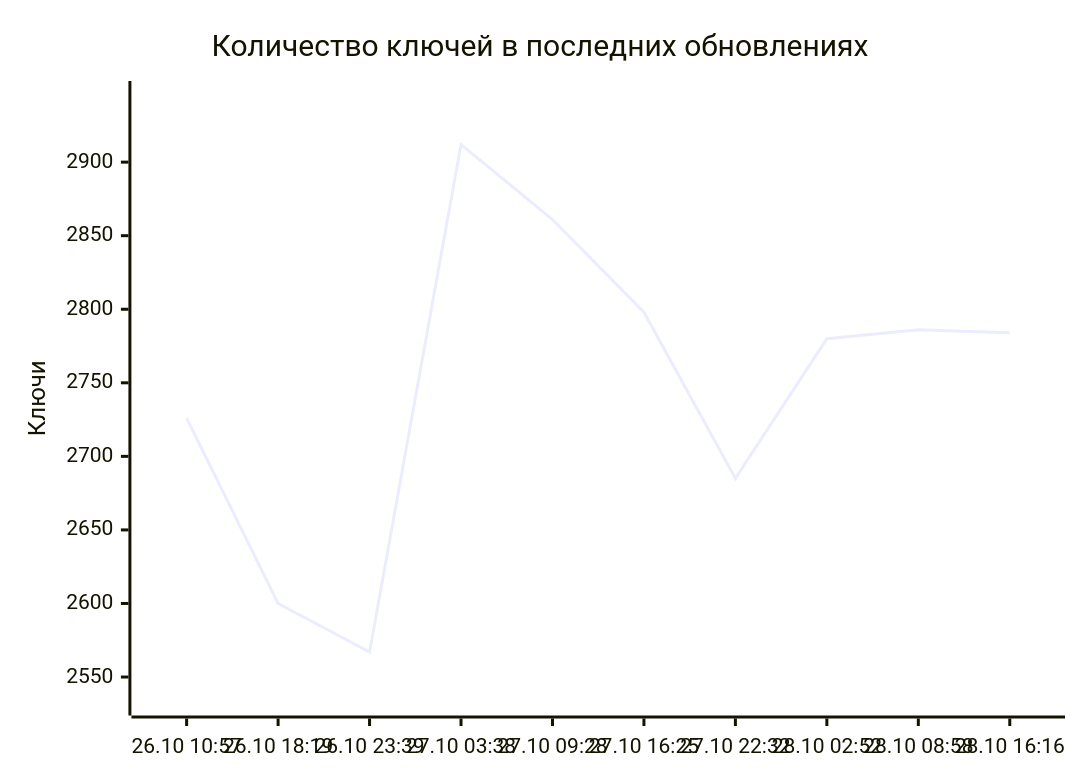
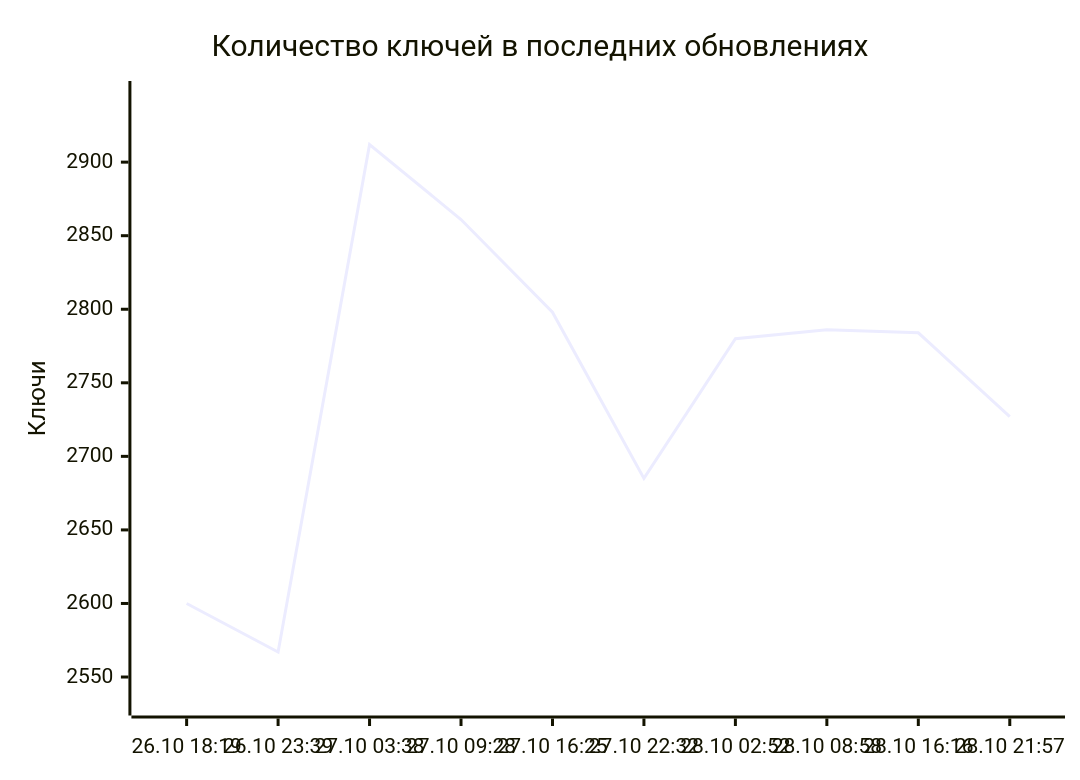
The diagram in README.md (markKikhtenko/WireVeil), drawn with Mermaid before and after one commit. The commit also changed other lines of this file and 12 other files, not shown here.

````diff
--- a/README.md
+++ b/README.md
@@ -55,7 +55,7 @@
 ```mermaid
 xychart-beta
     title "Количество ключей в последних обновлениях"
-    x-axis ["26.10 10:57", "26.10 18:19", "26.10 23:39", "27.10 03:38", "27.10 09:28", "27.10 16:25", "27.10 22:32", "28.10 02:52", "28.10 08:58", "28.10 16:16"]
+    x-axis ["26.10 18:19", "26.10 23:39", "27.10 03:38", "27.10 09:28", "27.10 16:25", "27.10 22:32", "28.10 02:52", "28.10 08:58", "28.10 16:16", "28.10 21:57"]
     y-axis "Ключи" 2532 --> 2947
-    line [2726, 2600, 2567, 2912, 2861, 2798, 2685, 2780, 2786, 2784]
+    line [2600, 2567, 2912, 2861, 2798, 2685, 2780, 2786, 2784, 2727]
 ```
````
